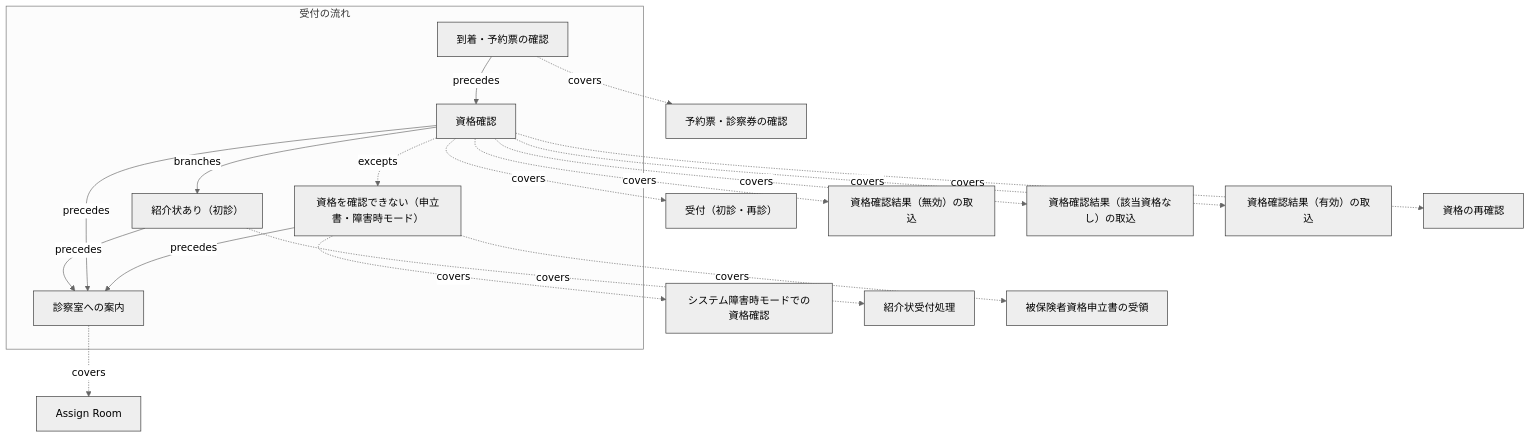
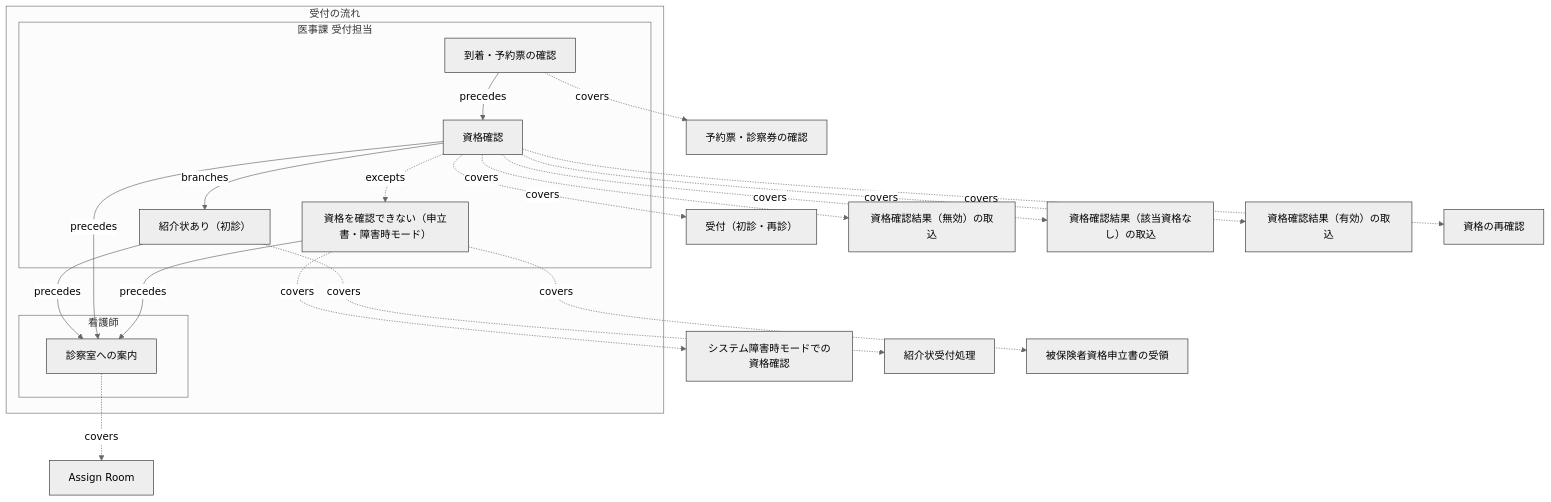
One commit to manji-0/rdra-ish-dsl changed the fifth of 11 diagrams in docs/diagram-sample-review.md. Above: the diagram before and after it, drawn with Mermaid (neutral theme). The commit also changed other lines of this file and 33 other files, not shown here.

First line of the commit message:
docs(samples): give every clinic-ops BUC a business flow with actor lanes

````diff
--- a/docs/diagram-sample-review.md
+++ b/docs/diagram-sample-review.md
@@ -321,42 +321,49 @@
 ```mermaid
 %% rdra-ish diagram=flow scope=buc:BucVisitCheckIn model=samples/clinic-ops
-%% kinds: flow step usecase
+%% kinds: flow step lane usecase
 %% omitted: buc
 flowchart TD
   subgraph flow__VisitCheckInFlow["受付の流れ"]
-    step__ArrivalStep["到着・予約票の確認"]:::step
-    step__DeclarationStep["資格を確認できない（申立書・障害時モード）"]:::step
-    step__EligibilityStep["資格確認"]:::step
-    step__ReferralStep["紹介状あり（初診）"]:::step
-    step__RoomingStep["診察室への案内"]:::step
+    subgraph lane__VisitCheckInFlow__Nurse["看護師"]
+      %% lane lane__VisitCheckInFlow__Nurse: actor__Nurse
+      step__RoomingStep["診察室への案内"]:::step
+    end
+    subgraph lane__VisitCheckInFlow__ReceptionClerk["医事課 受付担当"]
+      %% lane lane__VisitCheckInFlow__ReceptionClerk: actor__ReceptionClerk
+      step__ArrivalStep["到着・予約票の確認"]:::step
+      step__DeclarationStep["資格を確認できない（申立書・障害時モード）"]:::step
+      step__EligibilityStep["資格確認"]:::step
+      step__ReferralStep["紹介状あり（初診）"]:::step
+    end
   end
   usecase__AssignRoom["Assign Room"]:::usecase
   usecase__CheckInPatient["受付（初診・再診）"]:::usecase
   usecase__ConfirmEligibilityInOutageMode["システム障害時モードでの資格確認"]:::usecase
   usecase__ReceiveEligibilityInvalid["資格確認結果（無効）の取込"]:::usecase
   usecase__ReceiveEligibilityNoInfo["資格確認結果（該当資格なし）の取込"]:::usecase
   usecase__ReceiveEligibilityValid["資格確認結果（有効）の取込"]:::usecase
   usecase__ReceiveReferralLetter["紹介状受付処理"]:::usecase
   usecase__RecheckEligibility["資格の再確認"]:::usecase
   usecase__RecordEligibilityDeclaration["被保険者資格申立書の受領"]:::usecase
   usecase__VerifyArrival["予約票・診察券の確認"]:::usecase
   step__ArrivalStep -.->|covers| usecase__VerifyArrival
   step__ArrivalStep -->|precedes| step__EligibilityStep
   step__DeclarationStep -.->|covers| usecase__ConfirmEligibilityInOutageMode
   step__DeclarationStep -.->|covers| usecase__RecordEligibilityDeclaration
   step__DeclarationStep -->|precedes| step__RoomingStep
   step__EligibilityStep -->|branches| step__ReferralStep
   step__EligibilityStep -.->|covers| usecase__CheckInPatient
   step__EligibilityStep -.->|covers| usecase__ReceiveEligibilityInvalid
   step__EligibilityStep -.->|covers| usecase__ReceiveEligibilityNoInfo
   step__EligibilityStep -.->|covers| usecase__ReceiveEligibilityValid
   step__EligibilityStep -.->|covers| usecase__RecheckEligibility
   step__EligibilityStep -.->|excepts| step__DeclarationStep
   step__EligibilityStep -->|precedes| step__RoomingStep
   step__ReferralStep -.->|covers| usecase__ReceiveReferralLetter
   step__ReferralStep -->|precedes| step__RoomingStep
   step__RoomingStep -.->|covers| usecase__AssignRoom
   classDef flow stroke:#333;
   classDef step stroke:#333;
+  classDef lane stroke:#333;
   classDef usecase stroke:#333;
 ```
````
